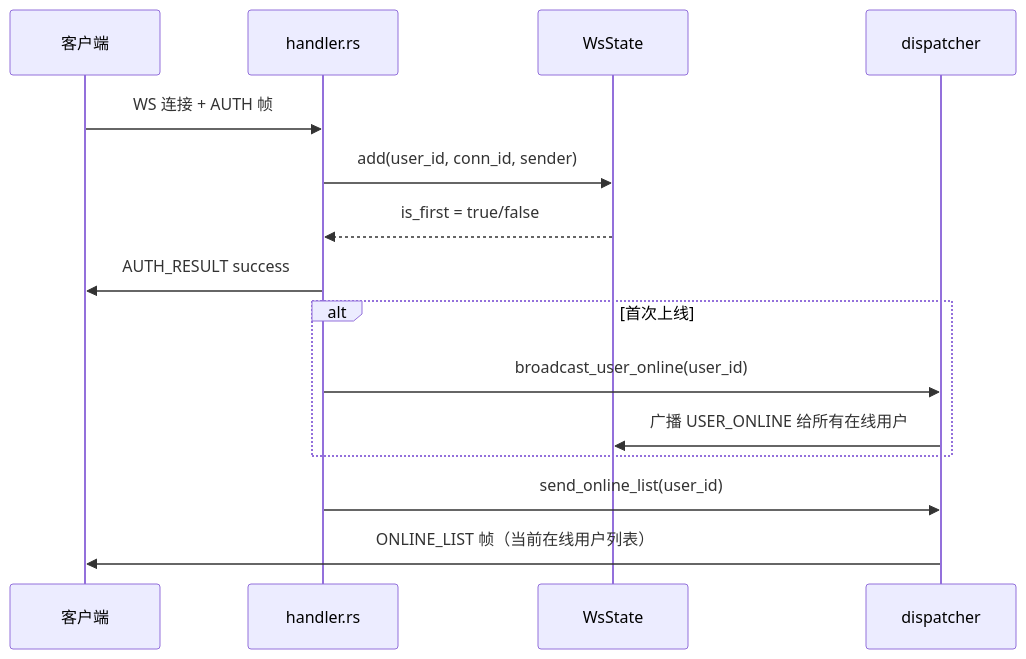
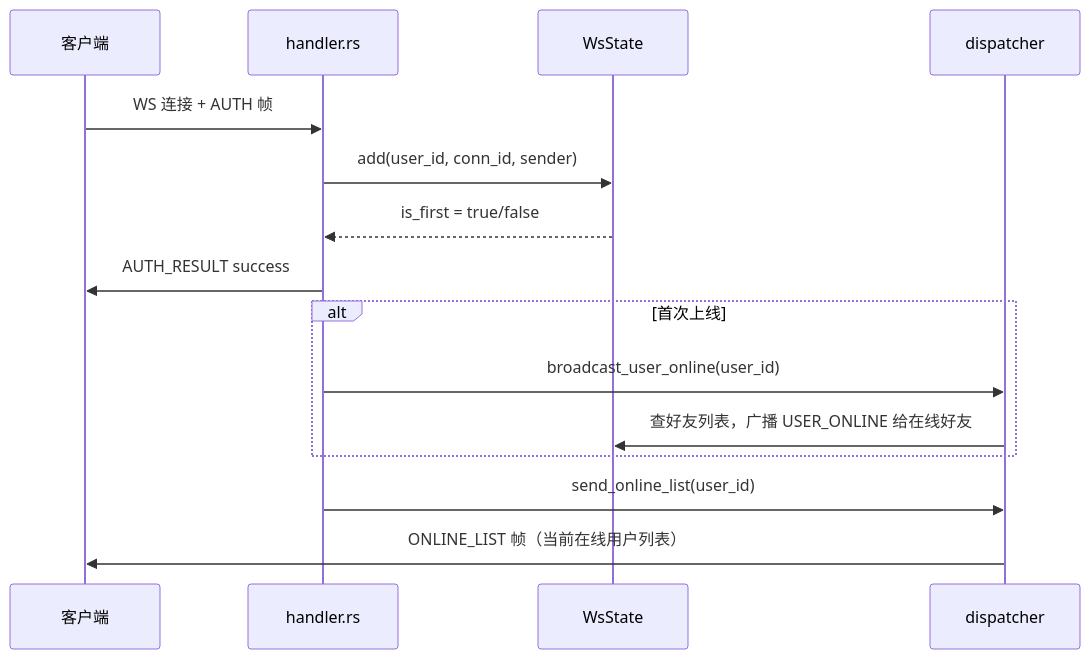
The first of 3 diagrams in docs/features/im/presence/v0.0.1/server/design.md (toly1994328/flash_im_by_ai), drawn with Mermaid before and after one commit. The commit also changed other lines of this file and 17 other files, not shown here.

````diff
--- a/docs/features/im/presence/v0.0.1/server/design.md
+++ b/docs/features/im/presence/v0.0.1/server/design.md
@@ -110,18 +110,18 @@
 ```mermaid
 sequenceDiagram
     participant C as 客户端
     participant H as handler.rs
     participant WS as WsState
     participant D as dispatcher
 
     C->>H: WS 连接 + AUTH 帧
     H->>WS: add(user_id, conn_id, sender)
     WS-->>H: is_first = true/false
     H->>C: AUTH_RESULT success
     alt 首次上线
         H->>D: broadcast_user_online(user_id)
-        D->>WS: 广播 USER_ONLINE 给所有在线用户
+        D->>WS: 查好友列表，广播 USER_ONLINE 给在线好友
     end
     H->>D: send_online_list(user_id)
     D->>C: ONLINE_LIST 帧（当前在线用户列表）
 ```
````
